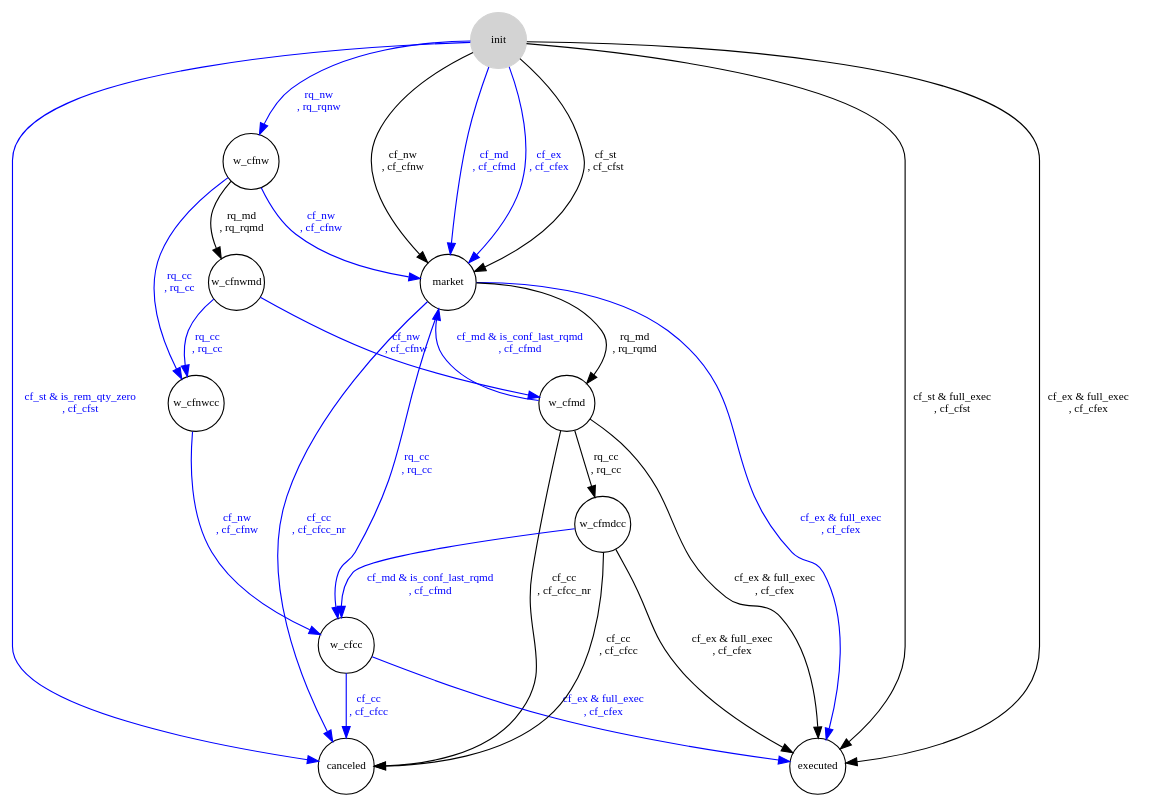
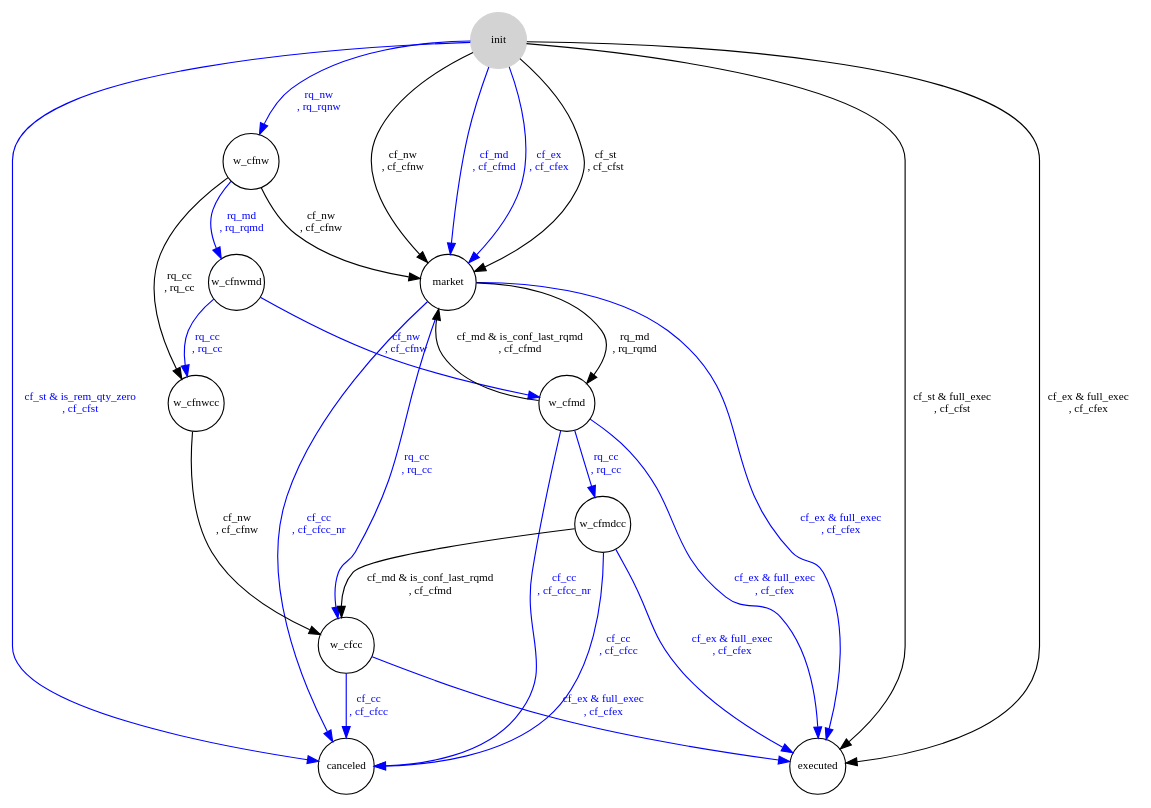
Before and after one commit to jleahred/maiquel-toolkit-cpp: the diagram in src/components/trading/trd_cli_ls.dot, drawn with Graphviz. The commit also changed 20 other files, not shown here.

```diff
--- a/src/components/trading/trd_cli_ls.dot
+++ b/src/components/trading/trd_cli_ls.dot
@@ -1,35 +1,35 @@
 digraph automata {
     node [shape = circle, fontsize=10, fixedsize=true width=0.7];
     init [ style = filled, color=lightgrey ];
 
         "init"  ->  "w_cfnw"  [ label = "rq_nw\n, rq_rqnw", color=blue, fontcolor=blue, fontsize=10, fixedsize=true ];
     "init"  ->  "market"  [ label = "cf_nw\n, cf_cfnw", color=black, fontcolor=black, fontsize=10, fixedsize=true ];
     "init"  ->  "market"  [ label = "cf_md\n, cf_cfmd", color=blue, fontcolor=blue, fontsize=10, fixedsize=true ];
     "init"  ->  "executed"  [ label = "cf_ex & full_exec\n, cf_cfex", color=black, fontcolor=black, fontsize=10, fixedsize=true ];
     "init"  ->  "market"  [ label = "cf_ex\n, cf_cfex", color=blue, fontcolor=blue, fontsize=10, fixedsize=true ];
     "init"  ->  "executed"  [ label = "cf_st & full_exec\n, cf_cfst", color=black, fontcolor=black, fontsize=10, fixedsize=true ];
     "init"  ->  "canceled"  [ label = "cf_st & is_rem_qty_zero\n, cf_cfst", color=blue, fontcolor=blue, fontsize=10, fixedsize=true ];
     "init"  ->  "market"  [ label = "cf_st\n, cf_cfst", color=black, fontcolor=black, fontsize=10, fixedsize=true ];
-    "w_cfnw"  ->  "w_cfnwmd"  [ label = "rq_md\n, rq_rqmd", color=black, fontcolor=black, fontsize=10, fixedsize=true ];
-    "w_cfnw"  ->  "w_cfnwcc"  [ label = "rq_cc\n, rq_cc", color=blue, fontcolor=blue, fontsize=10, fixedsize=true ];
-    "w_cfnw"  ->  "market"  [ label = "cf_nw\n, cf_cfnw", color=blue, fontcolor=blue, fontsize=10, fixedsize=true ];
+    "w_cfnw"  ->  "w_cfnwmd"  [ label = "rq_md\n, rq_rqmd", color=blue, fontcolor=blue, fontsize=10, fixedsize=true ];
+    "w_cfnw"  ->  "w_cfnwcc"  [ label = "rq_cc\n, rq_cc", color=black, fontcolor=black, fontsize=10, fixedsize=true ];
+    "w_cfnw"  ->  "market"  [ label = "cf_nw\n, cf_cfnw", color=black, fontcolor=black, fontsize=10, fixedsize=true ];
     "market"  ->  "w_cfmd"  [ label = "rq_md\n, rq_rqmd", color=black, fontcolor=black, fontsize=10, fixedsize=true ];
     "market"  ->  "w_cfcc"  [ label = "rq_cc\n, rq_cc", color=blue, fontcolor=blue, fontsize=10, fixedsize=true ];
     "market"  ->  "canceled"  [ label = "cf_cc\n, cf_cfcc_nr", color=blue, fontcolor=blue, fontsize=10, fixedsize=true ];
     "market"  ->  "executed"  [ label = "cf_ex & full_exec\n, cf_cfex", color=blue, fontcolor=blue, fontsize=10, fixedsize=true ];
-    "w_cfmd"  ->  "w_cfmdcc"  [ label = "rq_cc\n, rq_cc", color=black, fontcolor=black, fontsize=10, fixedsize=true ];
-    "w_cfmd"  ->  "market"  [ label = "cf_md & is_conf_last_rqmd\n, cf_cfmd", color=blue, fontcolor=blue, fontsize=10, fixedsize=true ];
-    "w_cfmd"  ->  "canceled"  [ label = "cf_cc\n, cf_cfcc_nr", color=black, fontcolor=black, fontsize=10, fixedsize=true ];
-    "w_cfmd"  ->  "executed"  [ label = "cf_ex & full_exec\n, cf_cfex", color=black, fontcolor=black, fontsize=10, fixedsize=true ];
+    "w_cfmd"  ->  "w_cfmdcc"  [ label = "rq_cc\n, rq_cc", color=blue, fontcolor=blue, fontsize=10, fixedsize=true ];
+    "w_cfmd"  ->  "market"  [ label = "cf_md & is_conf_last_rqmd\n, cf_cfmd", color=black, fontcolor=black, fontsize=10, fixedsize=true ];
+    "w_cfmd"  ->  "canceled"  [ label = "cf_cc\n, cf_cfcc_nr", color=blue, fontcolor=blue, fontsize=10, fixedsize=true ];
+    "w_cfmd"  ->  "executed"  [ label = "cf_ex & full_exec\n, cf_cfex", color=blue, fontcolor=blue, fontsize=10, fixedsize=true ];
     "w_cfcc"  ->  "canceled"  [ label = "cf_cc\n, cf_cfcc", color=blue, fontcolor=blue, fontsize=10, fixedsize=true ];
     "w_cfcc"  ->  "executed"  [ label = "cf_ex & full_exec\n, cf_cfex", color=blue, fontcolor=blue, fontsize=10, fixedsize=true ];
-    "w_cfmdcc"  ->  "w_cfcc"  [ label = "cf_md & is_conf_last_rqmd\n, cf_cfmd", color=blue, fontcolor=blue, fontsize=10, fixedsize=true ];
-    "w_cfmdcc"  ->  "canceled"  [ label = "cf_cc\n, cf_cfcc", color=black, fontcolor=black, fontsize=10, fixedsize=true ];
-    "w_cfmdcc"  ->  "executed"  [ label = "cf_ex & full_exec\n, cf_cfex", color=black, fontcolor=black, fontsize=10, fixedsize=true ];
+    "w_cfmdcc"  ->  "w_cfcc"  [ label = "cf_md & is_conf_last_rqmd\n, cf_cfmd", color=black, fontcolor=black, fontsize=10, fixedsize=true ];
+    "w_cfmdcc"  ->  "canceled"  [ label = "cf_cc\n, cf_cfcc", color=blue, fontcolor=blue, fontsize=10, fixedsize=true ];
+    "w_cfmdcc"  ->  "executed"  [ label = "cf_ex & full_exec\n, cf_cfex", color=blue, fontcolor=blue, fontsize=10, fixedsize=true ];
     "w_cfnwmd"  ->  "w_cfnwcc"  [ label = "rq_cc\n, rq_cc", color=blue, fontcolor=blue, fontsize=10, fixedsize=true ];
     "w_cfnwmd"  ->  "w_cfmd"  [ label = "cf_nw\n, cf_cfnw", color=blue, fontcolor=blue, fontsize=10, fixedsize=true ];
-    "w_cfnwcc"  ->  "w_cfcc"  [ label = "cf_nw\n, cf_cfnw", color=blue, fontcolor=blue, fontsize=10, fixedsize=true ];
+    "w_cfnwcc"  ->  "w_cfcc"  [ label = "cf_nw\n, cf_cfnw", color=black, fontcolor=black, fontsize=10, fixedsize=true ];
  
 
     //trd_cli_ls  [ shape = plaintext ];
 }
```
